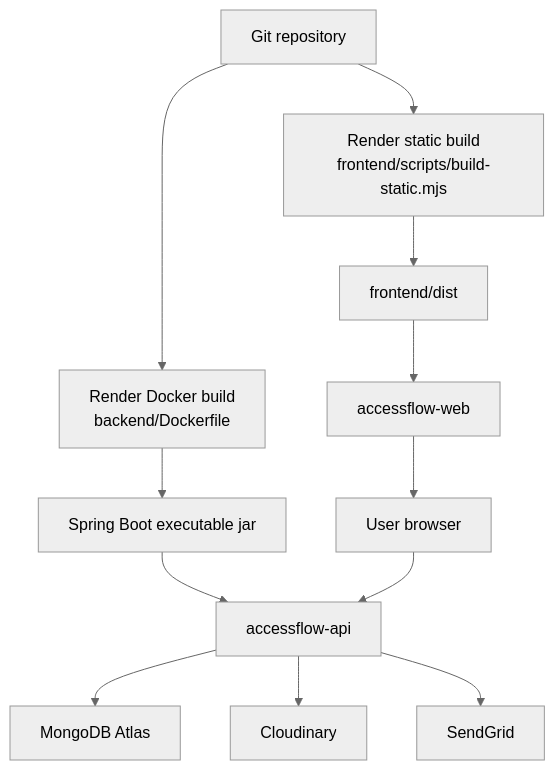
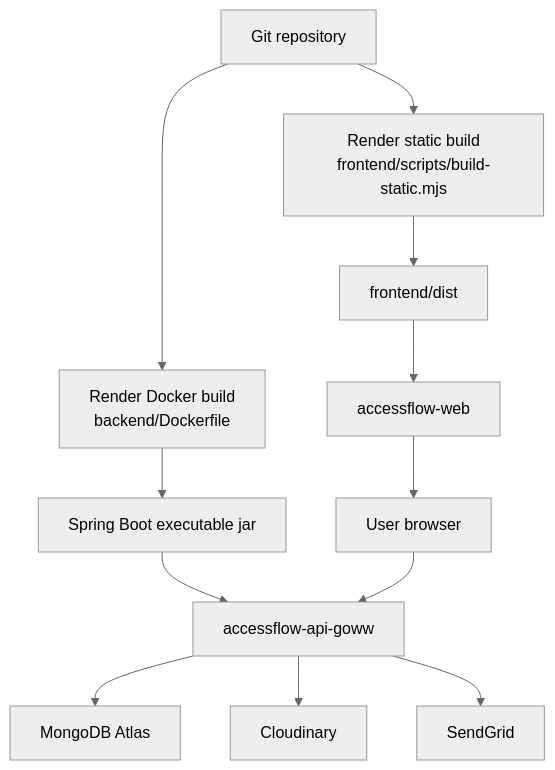
The third of 32 diagrams in PROJECT_OVERVIEW.md (digitaldodo/visitor-management-system), drawn with Mermaid (neutral theme) before and after one commit. The commit also changed other lines of this file and 7 other files, not shown here.

````diff
--- a/PROJECT_OVERVIEW.md
+++ b/PROJECT_OVERVIEW.md
@@ -114,14 +114,14 @@
 ```mermaid
 flowchart TD
     Repo["Git repository"] --> WebBuild["Render static build<br/>frontend/scripts/build-static.mjs"]
     Repo --> ApiBuild["Render Docker build<br/>backend/Dockerfile"]
     WebBuild --> Dist["frontend/dist"]
     Dist --> Web["accessflow-web"]
     ApiBuild --> Jar["Spring Boot executable jar"]
-    Jar --> Api["accessflow-api"]
+    Jar --> Api["accessflow-api-goww"]
     Web --> Browser["User browser"]
     Browser --> Api
     Api --> Mongo["MongoDB Atlas"]
     Api --> Cloudinary["Cloudinary"]
     Api --> SendGrid["SendGrid"]
 ```
````
